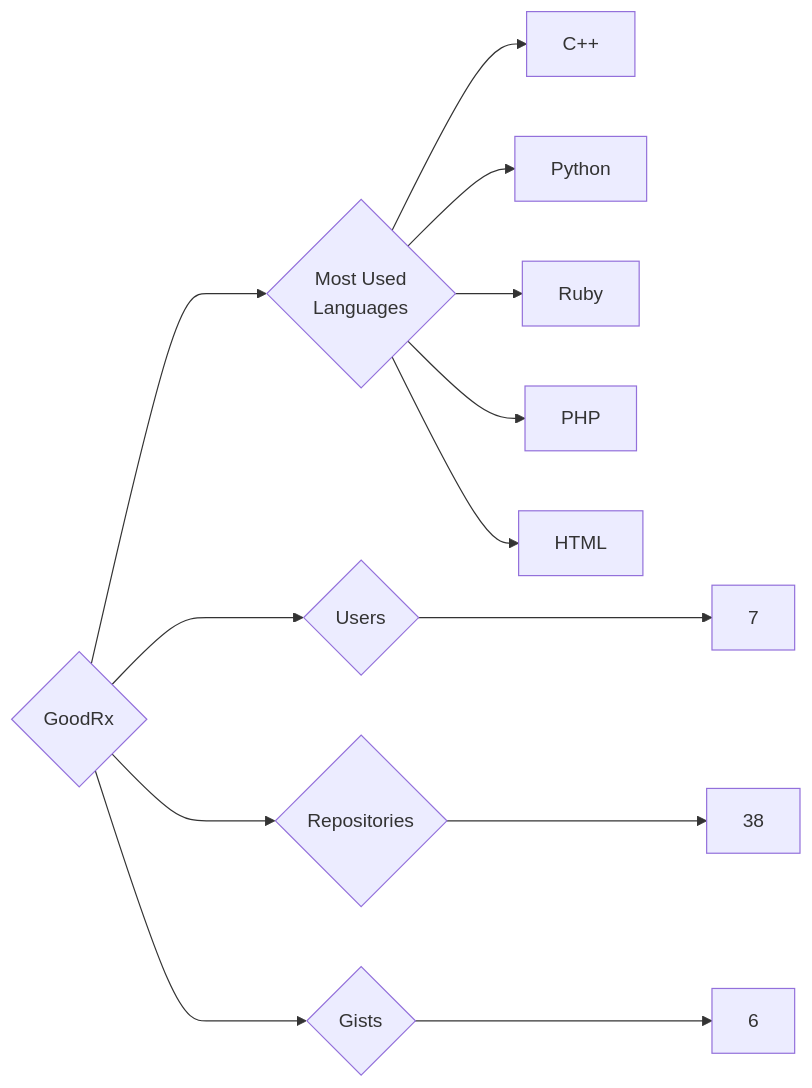
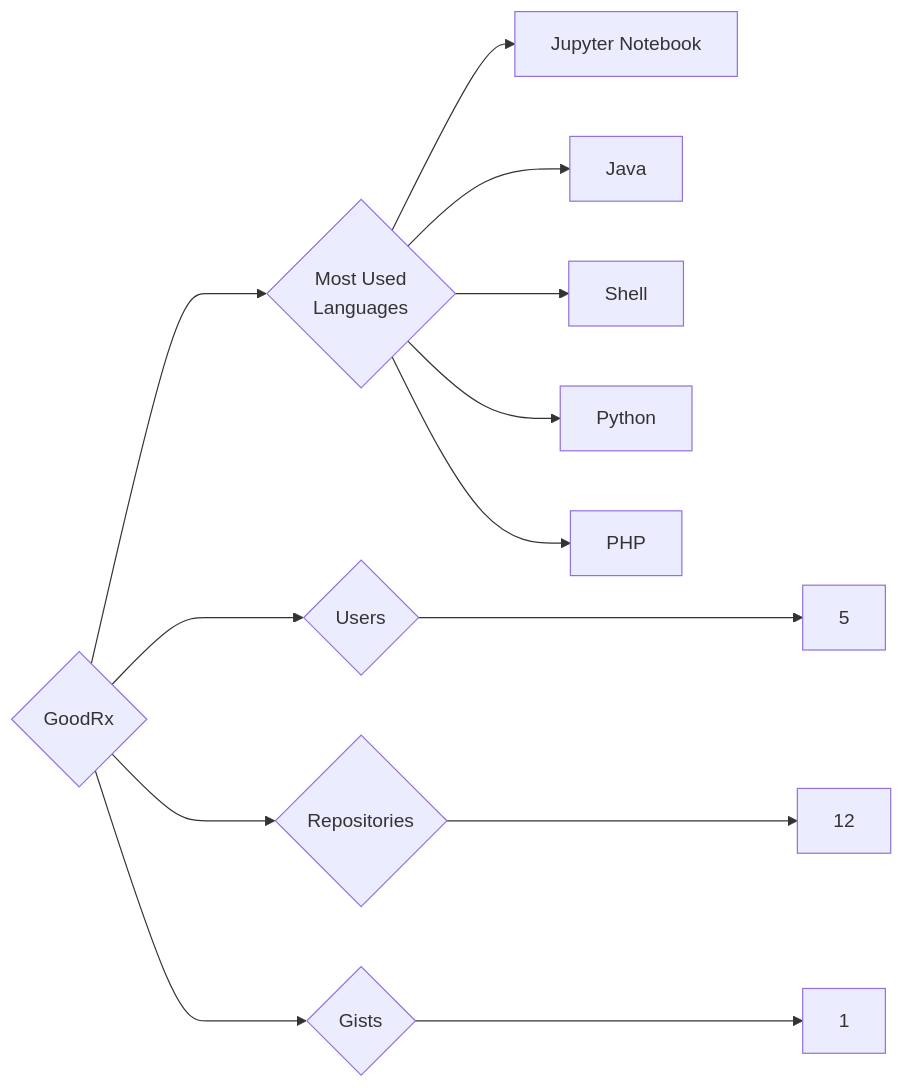
Before and after one commit to trickest/insiders: the diagram in targets/GoodRx/README.md, drawn with Mermaid. The commit also changed 618 other files, not shown here.

````diff
--- a/targets/GoodRx/README.md
+++ b/targets/GoodRx/README.md
@@ -3,13 +3,13 @@
 ```mermaid
 graph LR
 COMPANY_NAME{GoodRx}
-COMPANY_NAME ---> U{Users} ---> UN[7]
-COMPANY_NAME ---> R{Repositories} ---> RN[38]
-COMPANY_NAME ---> G{Gists} ---> GN[6]
+COMPANY_NAME ---> U{Users} ---> UN[5]
+COMPANY_NAME ---> R{Repositories} ---> RN[12]
+COMPANY_NAME ---> G{Gists} ---> GN[1]
 COMPANY_NAME ---> ML{Most Used<br>Languages}
-ML --> C++[C++]
+ML --> Jupyter_Notebook[Jupyter Notebook]
+ML --> Java[Java]
+ML --> Shell[Shell]
 ML --> Python[Python]
-ML --> Ruby[Ruby]
 ML --> PHP[PHP]
-ML --> HTML[HTML]
 ```
````
